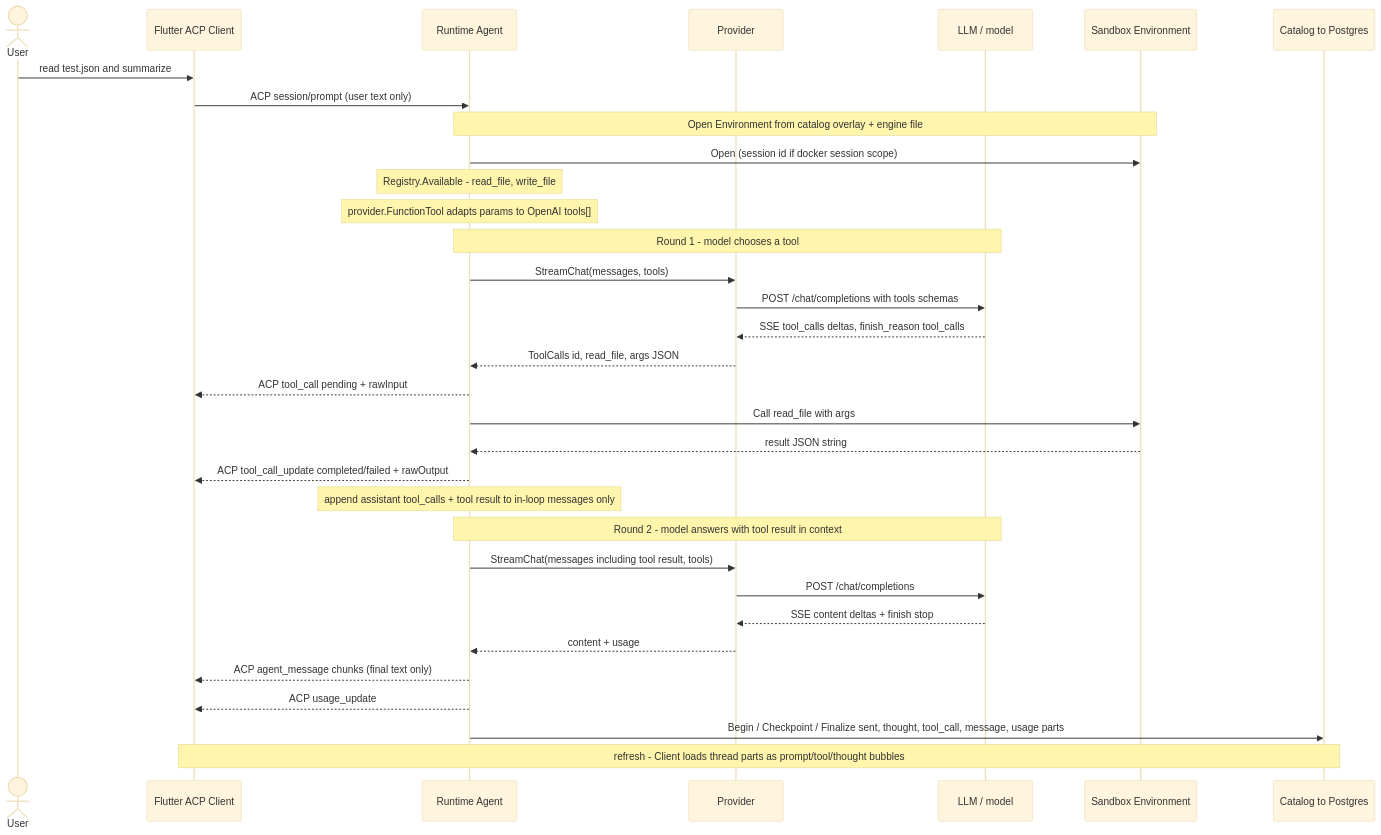
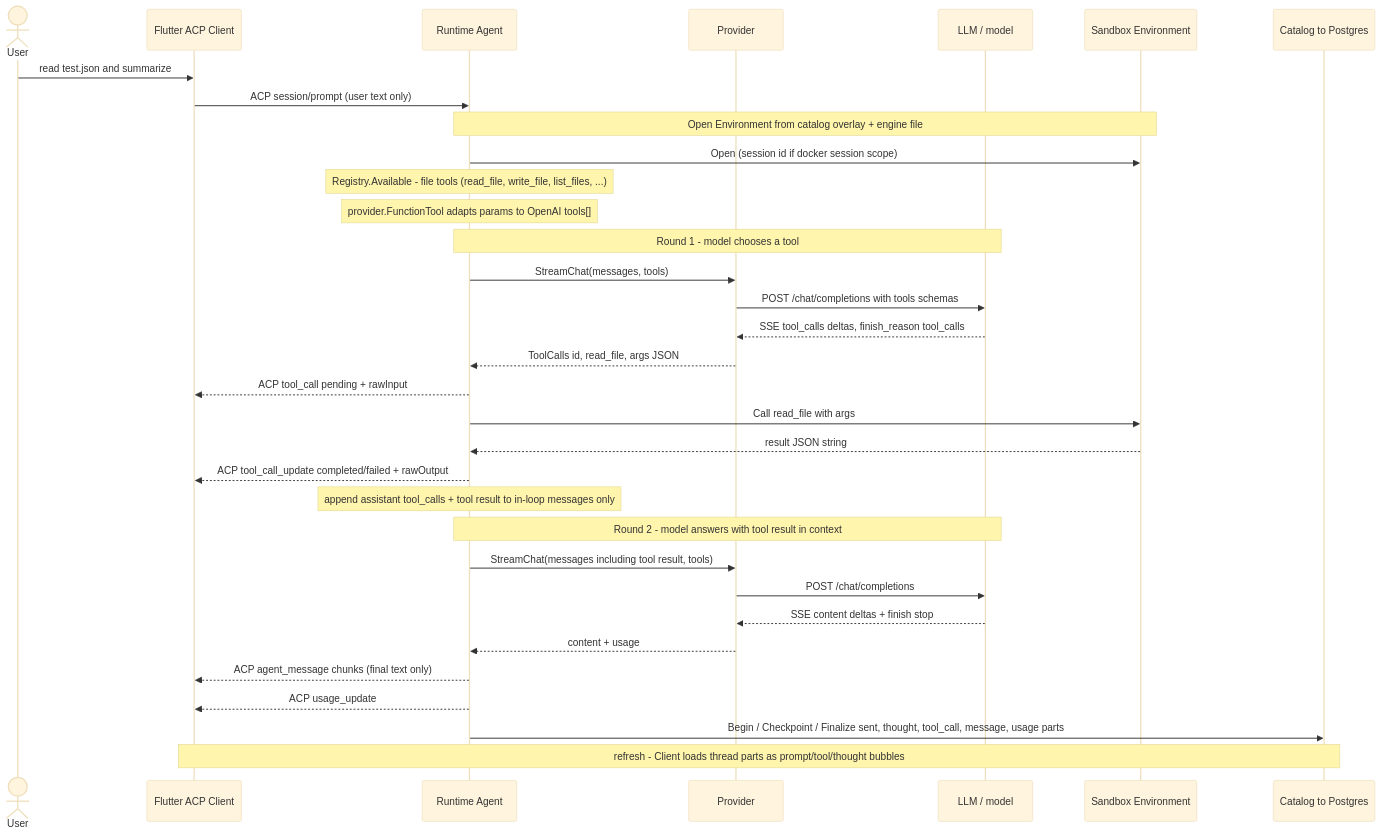
One commit to tryy3/agent-fabric changed the fourth of 6 diagrams in docs/architecture.md. Above: the diagram before and after it, drawn with Mermaid (base theme). The commit also changed other lines of this file and 22 other files, not shown here.

````diff
--- a/docs/architecture.md
+++ b/docs/architecture.md
@@ -186,41 +186,41 @@
 ```mermaid
 sequenceDiagram
   actor User
   participant Client as Flutter ACP Client
   participant Agent as Runtime Agent
   participant Prov as Provider
   participant LLM as LLM / model
   participant Env as Sandbox Environment
   participant Catalog as Catalog to Postgres
 
   User->>Client: read test.json and summarize
   Client->>Agent: ACP session/prompt (user text only)
 
   Note over Agent,Env: Open Environment from catalog overlay + engine file
   Agent->>Env: Open (session id if docker session scope)
-  Note over Agent: Registry.Available - read_file, write_file
+  Note over Agent: Registry.Available - file tools (read_file, write_file, list_files, ...)
   Note over Agent: provider.FunctionTool adapts params to OpenAI tools[]
 
   Note over Agent,LLM: Round 1 - model chooses a tool
   Agent->>Prov: StreamChat(messages, tools)
   Prov->>LLM: POST /chat/completions with tools schemas
   LLM-->>Prov: SSE tool_calls deltas, finish_reason tool_calls
   Prov-->>Agent: ToolCalls id, read_file, args JSON
 
   Agent-->>Client: ACP tool_call pending + rawInput
   Agent->>Env: Call read_file with args
   Env-->>Agent: result JSON string
   Agent-->>Client: ACP tool_call_update completed/failed + rawOutput
   Note over Agent: append assistant tool_calls + tool result to in-loop messages only
 
   Note over Agent,LLM: Round 2 - model answers with tool result in context
   Agent->>Prov: StreamChat(messages including tool result, tools)
   Prov->>LLM: POST /chat/completions
   LLM-->>Prov: SSE content deltas + finish stop
   Prov-->>Agent: content + usage
   Agent-->>Client: ACP agent_message chunks (final text only)
   Agent-->>Client: ACP usage_update
 
   Agent->>Catalog: Begin / Checkpoint / Finalize sent, thought, tool_call, message, usage parts
   Note over Client,Catalog: refresh - Client loads thread parts as prompt/tool/thought bubbles
 ```
````
